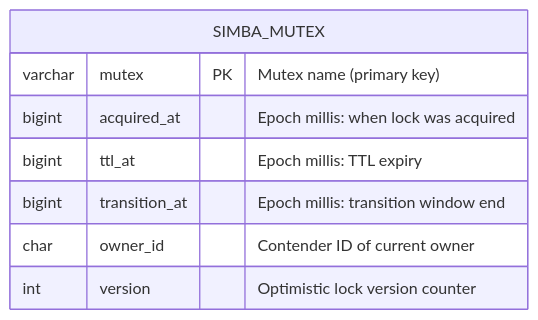
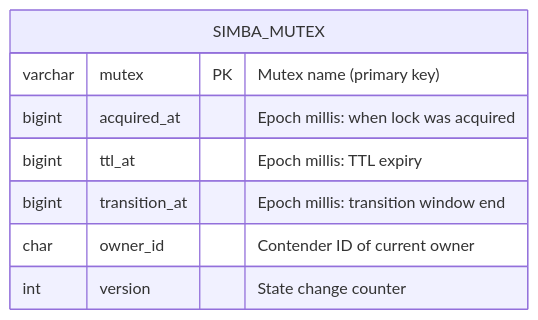
One commit to Ahoo-Wang/Simba changed the first of 7 diagrams in wiki/architecture/backends.md. Above: the diagram before and after it, drawn with Mermaid. The commit also changed other lines of this file and 11 other files, not shown here.

````diff
--- a/wiki/architecture/backends.md
+++ b/wiki/architecture/backends.md
@@ -35,11 +35,11 @@
 ```mermaid
 erDiagram
     SIMBA_MUTEX {
         varchar mutex PK "Mutex name (primary key)"
         bigint acquired_at "Epoch millis: when lock was acquired"
         bigint ttl_at "Epoch millis: TTL expiry"
         bigint transition_at "Epoch millis: transition window end"
         char owner_id "Contender ID of current owner"
-        int version "Optimistic lock version counter"
+        int version "State change counter"
     }
 ```
````
